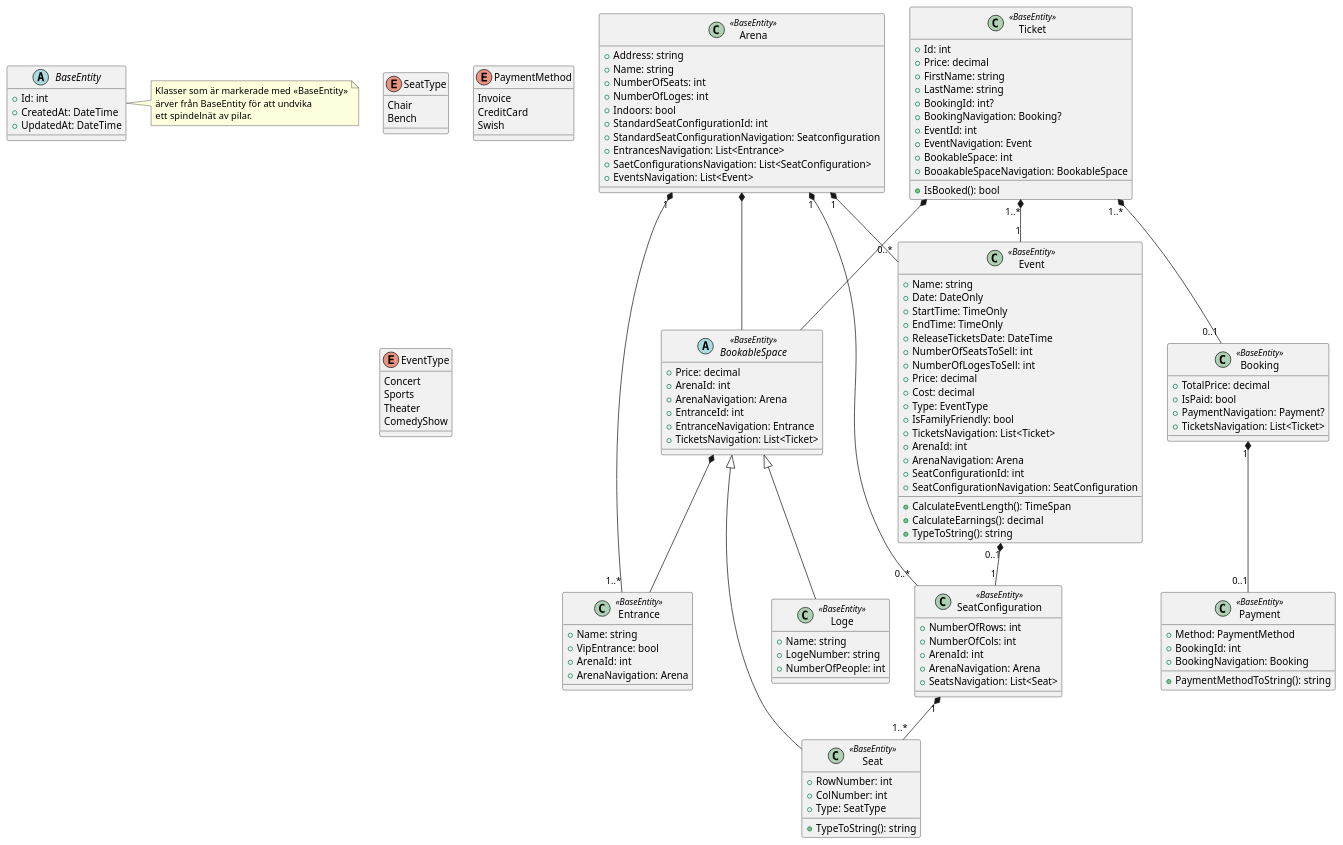
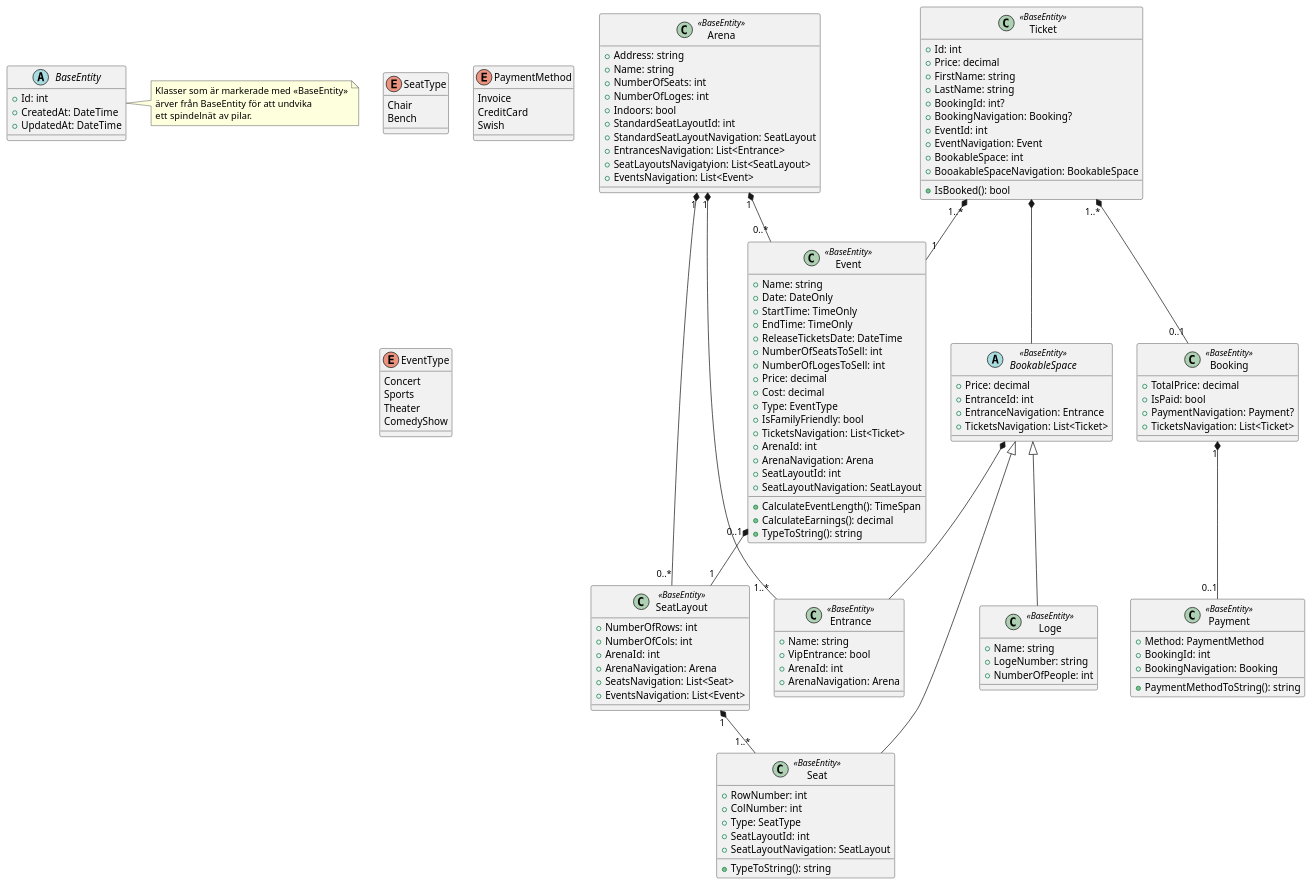
One commit to Mossberg1/ObjektOrienteradDesignBiljettShoppen changed the diagram in uml.puml. Above: the diagram before and after it, drawn with PlantUML. The commit also changed 10 other files, not shown here.

```diff
--- a/uml.puml
+++ b/uml.puml
@@ -1,149 +1,149 @@
 @startuml
 
 enum SeatType {
     Chair
     Bench
 }
 
 enum PaymentMethod {
     Invoice
     CreditCard
     Swish
 }
 
 enum EventType {
     Concert
     Sports
     Theater
     ComedyShow
 }
 
 abstract class BaseEntity {
     + Id: int
     + CreatedAt: DateTime
     + UpdatedAt: DateTime
 }
 
 note right of BaseEntity
   Klasser som är markerade med <<BaseEntity>>
   ärver från BaseEntity för att undvika
   ett spindelnät av pilar.
 end note
 
 abstract class BookableSpace <<BaseEntity>> {
     + Price: decimal
-    + ArenaId: int
-    + ArenaNavigation: Arena
     + EntranceId: int
     + EntranceNavigation: Entrance
     + TicketsNavigation: List<Ticket>
 }
 
 class Arena <<BaseEntity>> {
     + Address: string
     + Name: string
     + NumberOfSeats: int
     + NumberOfLoges: int
     + Indoors: bool
-    + StandardSeatConfigurationId: int
-    + StandardSeatConfigurationNavigation: Seatconfiguration
+    + StandardSeatLayoutId: int
+    + StandardSeatLayoutNavigation: SeatLayout
     + EntrancesNavigation: List<Entrance> 
-    + SaetConfigurationsNavigation: List<SeatConfiguration>
+    + SeatLayoutsNavigatyion: List<SeatLayout>
     + EventsNavigation: List<Event>
 }
 
-class SeatConfiguration <<BaseEntity>> {
+class SeatLayout <<BaseEntity>> {
     + NumberOfRows: int
     + NumberOfCols: int
     + ArenaId: int
     + ArenaNavigation: Arena
     + SeatsNavigation: List<Seat>
+    + EventsNavigation: List<Event>
 }
 
 class Entrance <<BaseEntity>> {
     + Name: string
     + VipEntrance: bool
     + ArenaId: int 
     + ArenaNavigation: Arena 
 }
 
 class Event <<BaseEntity>> {
     + Name: string
     + Date: DateOnly
     + StartTime: TimeOnly
     + EndTime: TimeOnly
     + ReleaseTicketsDate: DateTime
     + NumberOfSeatsToSell: int
     + NumberOfLogesToSell: int
     + Price: decimal
     + Cost: decimal
     + Type: EventType
     + IsFamilyFriendly: bool 
     + TicketsNavigation: List<Ticket> 
     + ArenaId: int 
     + ArenaNavigation: Arena
-    + SeatConfigurationId: int
-    + SeatConfigurationNavigation: SeatConfiguration
+    + SeatLayoutId: int
+    + SeatLayoutNavigation: SeatLayout
     + CalculateEventLength(): TimeSpan
     + CalculateEarnings(): decimal
     + TypeToString(): string
 }
 
 class Ticket <<BaseEntity>> {
     + Id: int
     + Price: decimal
     + FirstName: string
     + LastName: string
     + BookingId: int? 
     + BookingNavigation: Booking? 
     + EventId: int 
     + EventNavigation: Event
     + BookableSpace: int
     + BooakableSpaceNavigation: BookableSpace
     + IsBooked(): bool
 }
 
 class Seat <<BaseEntity>>{
     + RowNumber: int
     + ColNumber: int
     + Type: SeatType
+    + SeatLayoutId: int
+    + SeatLayoutNavigation: SeatLayout
     + TypeToString(): string 
 }
 
 class Loge <<BaseEntity>> { 
     + Name: string
     + LogeNumber: string
     + NumberOfPeople: int
 }
 
 class Booking <<BaseEntity>> {
     + TotalPrice: decimal
     + IsPaid: bool
     + PaymentNavigation: Payment? 
     + TicketsNavigation: List<Ticket>
 }
 
 class Payment <<BaseEntity>> {
     + Method: PaymentMethod
     + BookingId: int
     + BookingNavigation: Booking 
     + PaymentMethodToString(): string
 }
 
 Arena "1" *-- "0..*" Event
-Arena *-- BookableSpace
 BookableSpace *-- Entrance
 Arena "1" *-- "1..*" Entrance
 Ticket "1..*" *-- "0..1" Booking
 Booking "1" *-- "0..1" Payment
 Ticket "1..*" *-- "1"  Event
 
 BookableSpace <|-- Seat
 BookableSpace <|-- Loge
 Ticket *-- BookableSpace
 
-SeatConfiguration "1" *-- "1..*" Seat
-Arena "1" *-- "0..*" SeatConfiguration
-Event "0..1" *-- "1" SeatConfiguration
+SeatLayout "1" *-- "1..*" Seat
+Arena "1" *-- "0..*" SeatLayout
+Event "0..1" *-- "1" SeatLayout
 
 @enduml
```
